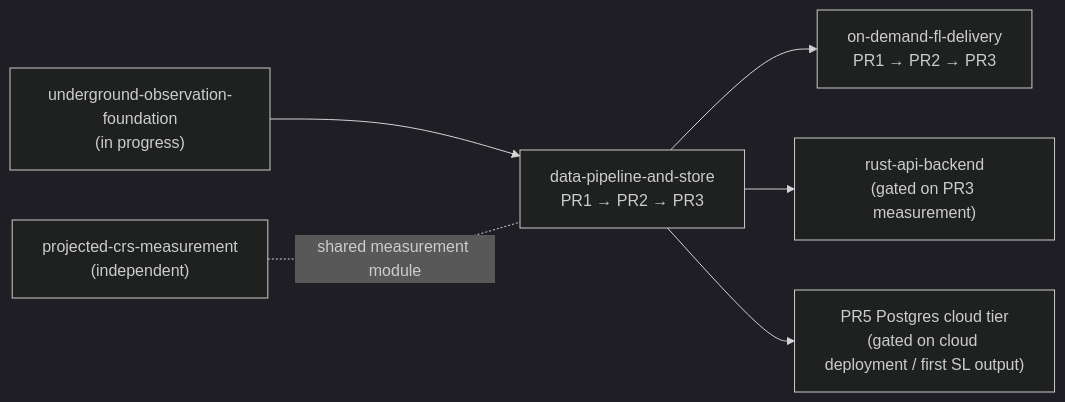
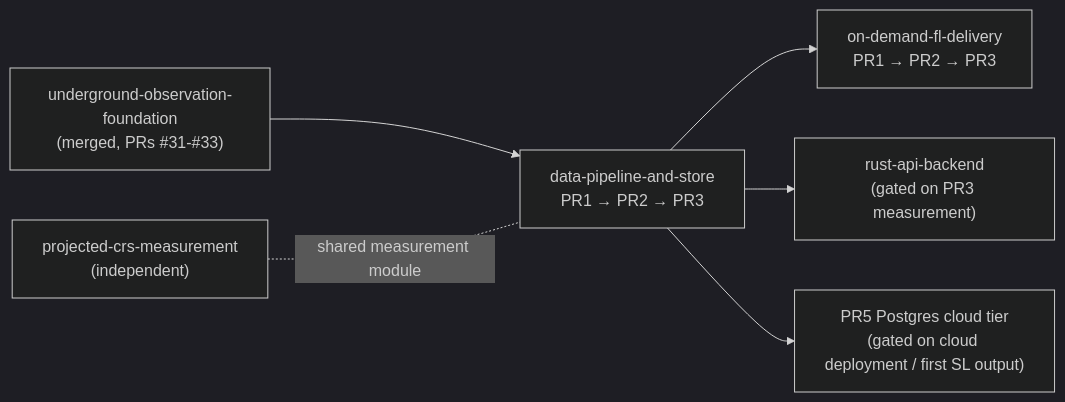
Before and after one commit to TsumiNa/terrai-spatial-intelligence: the diagram in docs/refactor/data-pipeline-and-store/00-overview.md, drawn with Mermaid (dark theme). The commit also changed 1 other file, not shown here.

Commit message:
docs: address review on the plan sequencing and doc placement

````diff
--- a/docs/refactor/data-pipeline-and-store/00-overview.md
+++ b/docs/refactor/data-pipeline-and-store/00-overview.md
@@ -206,8 +206,8 @@
 ```mermaid
 flowchart LR
-    U["underground-observation-foundation<br/>(in progress)"] --> P1["data-pipeline-and-store<br/>PR1 → PR2 → PR3"]
+    U["underground-observation-foundation<br/>(merged, PRs #31-#33)"] --> P1["data-pipeline-and-store<br/>PR1 → PR2 → PR3"]
     C["projected-crs-measurement<br/>(independent)"] -.shared measurement module.- P1
     P1 --> O["on-demand-fl-delivery<br/>PR1 → PR2 → PR3"]
     P1 --> R["rust-api-backend<br/>(gated on PR3 measurement)"]
     P1 --> G["PR5 Postgres cloud tier<br/>(gated on cloud deployment / first SL output)"]
 ```
````
